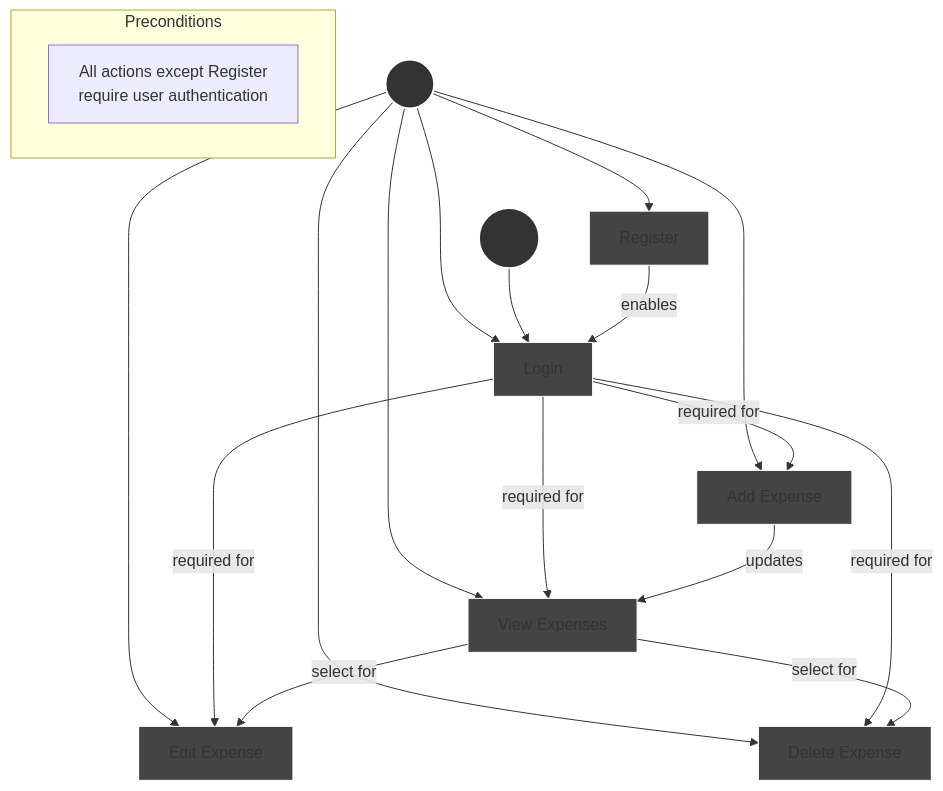
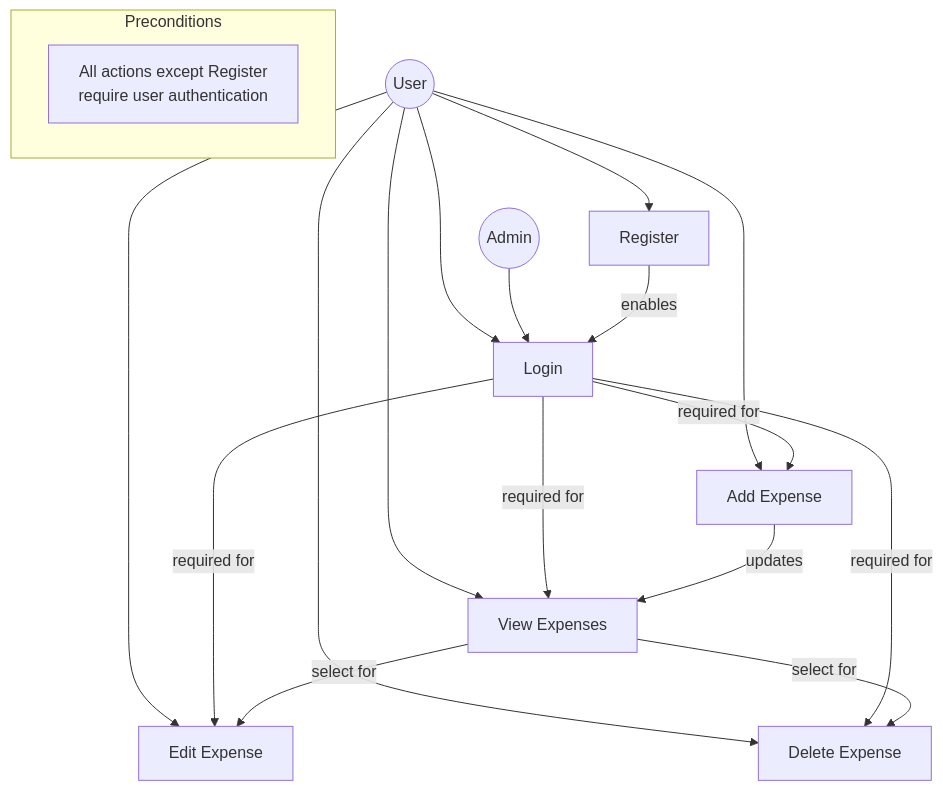
The first of 3 diagrams in docs/design.md (GabrielAlexandratos/2025-SE-GA-JungleLogbook), drawn with Mermaid before and after one commit.

Commit message:
removing styling from diagram

````diff
--- a/docs/design.md
+++ b/docs/design.md
@@ -7,47 +7,41 @@
 ``` mermaid
 
 flowchart TD
     %% Actors
     User(("User"))
     Admin(("Admin"))
 
     %% Use Cases
     Login["Login"]
     Register["Register"]
     AddExpense["Add Expense"]
     ViewExpenses["View Expenses"]
     EditExpense["Edit Expense"]
     DeleteExpense["Delete Expense"]
 
     %% Actor Relationships
     User --> Login
     User --> Register
     User --> AddExpense
     User --> ViewExpenses
     User --> EditExpense
     User --> DeleteExpense
     Admin --> Login
 
     %% Use Case Dependencies
     Register -->|"enables"| Login
     Login -->|"required for"| AddExpense
     Login -->|"required for"| ViewExpenses
     Login -->|"required for"| EditExpense
     Login -->|"required for"| DeleteExpense
     AddExpense -->|"updates"| ViewExpenses
     ViewExpenses -->|"select for"| EditExpense
     ViewExpenses -->|"select for"| DeleteExpense
 
-    %% Styling
-    classDef actor fill:#333,stroke:#FFF,stroke-width:2px
-    classDef useCase fill:#444,stroke:#FFF,stroke-width:1px
-    class User,Admin actor
-    class Login,Register,AddExpense,ViewExpenses,EditExpense,DeleteExpense useCase
-
     %% Notes
     subgraph Preconditions
         note1["All actions except Register
         require user authentication"]
     end
 
 ```
````
